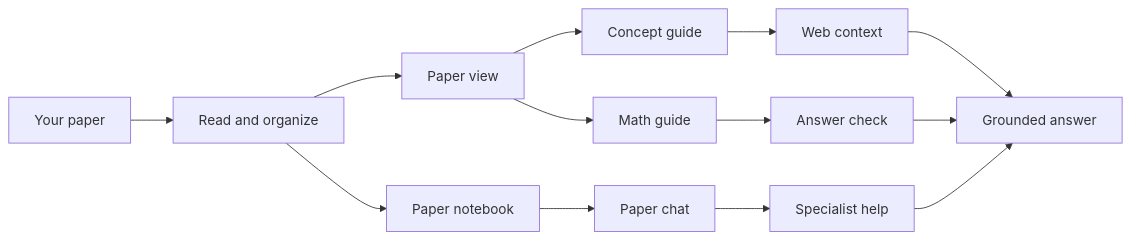
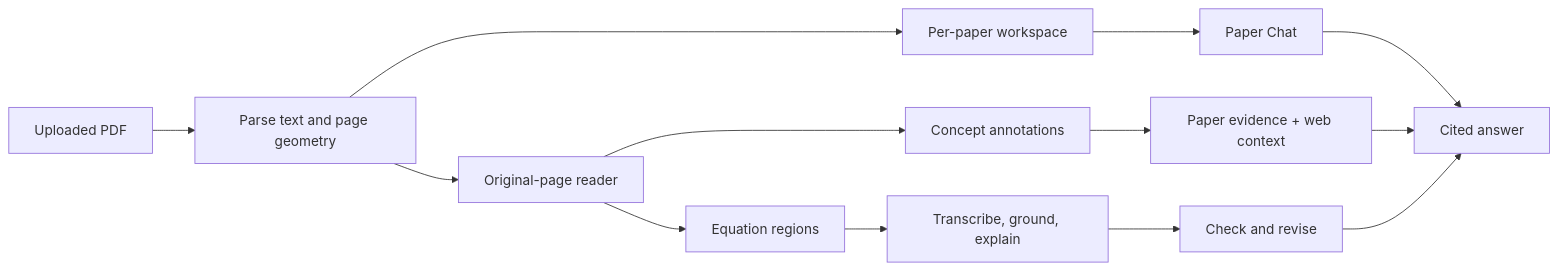
Before and after one commit to Siris2314/deep-paper-reader: the diagram in README.md, drawn with Mermaid. The commit also changed other lines of this file and 5 other files, not shown here.

````diff
--- a/README.md
+++ b/README.md
@@ -18,15 +31,15 @@
 ```mermaid
 flowchart LR
-    PDF["Your paper"] --> Read["Read and organize"]
-    Read --> View["Paper view"]
-    Read --> Notes["Paper notebook"]
-    View --> Concepts["Concept guide"]
-    View --> Math["Math guide"]
-    Notes --> Chat["Paper chat"]
-    Concepts --> Web["Web context"]
-    Math --> Check["Answer check"]
-    Chat --> Experts["Specialist help"]
-    Web --> Answer["Grounded answer"]
-    Check --> Answer
-    Experts --> Answer
+    PDF["Uploaded PDF"] --> Parse["Parse text and page geometry"]
+    Parse --> View["Original-page reader"]
+    Parse --> Workspace["Per-paper workspace"]
+    View --> Terms["Concept annotations"]
+    View --> Equations["Equation regions"]
+    Workspace --> Chat["Paper Chat"]
+    Terms --> Research["Paper evidence + web context"]
+    Equations --> Math["Transcribe, ground, explain"]
+    Math --> Judge["Check and revise"]
+    Chat --> Answer["Cited answer"]
+    Research --> Answer
+    Judge --> Answer
 ```
````
